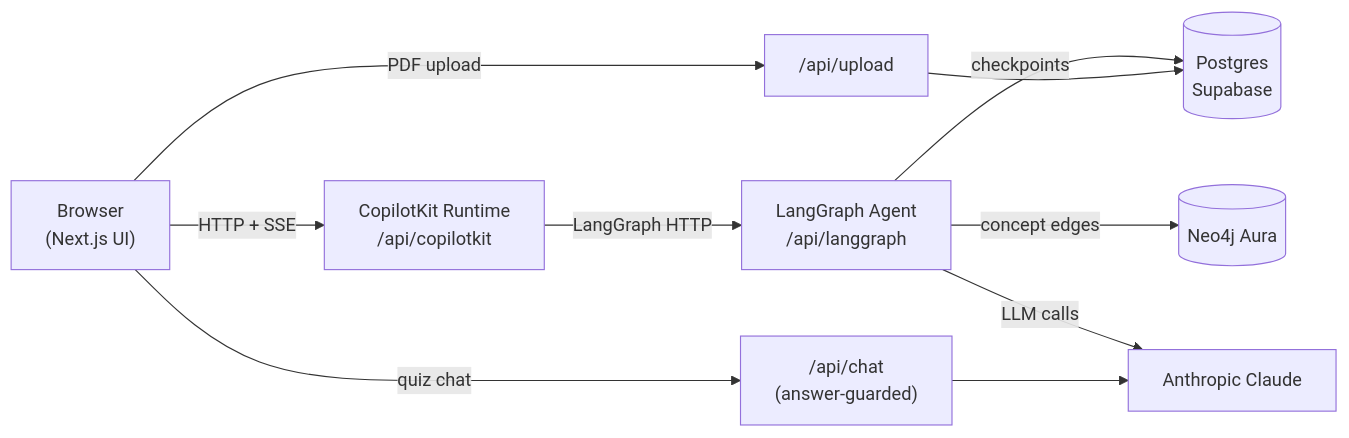
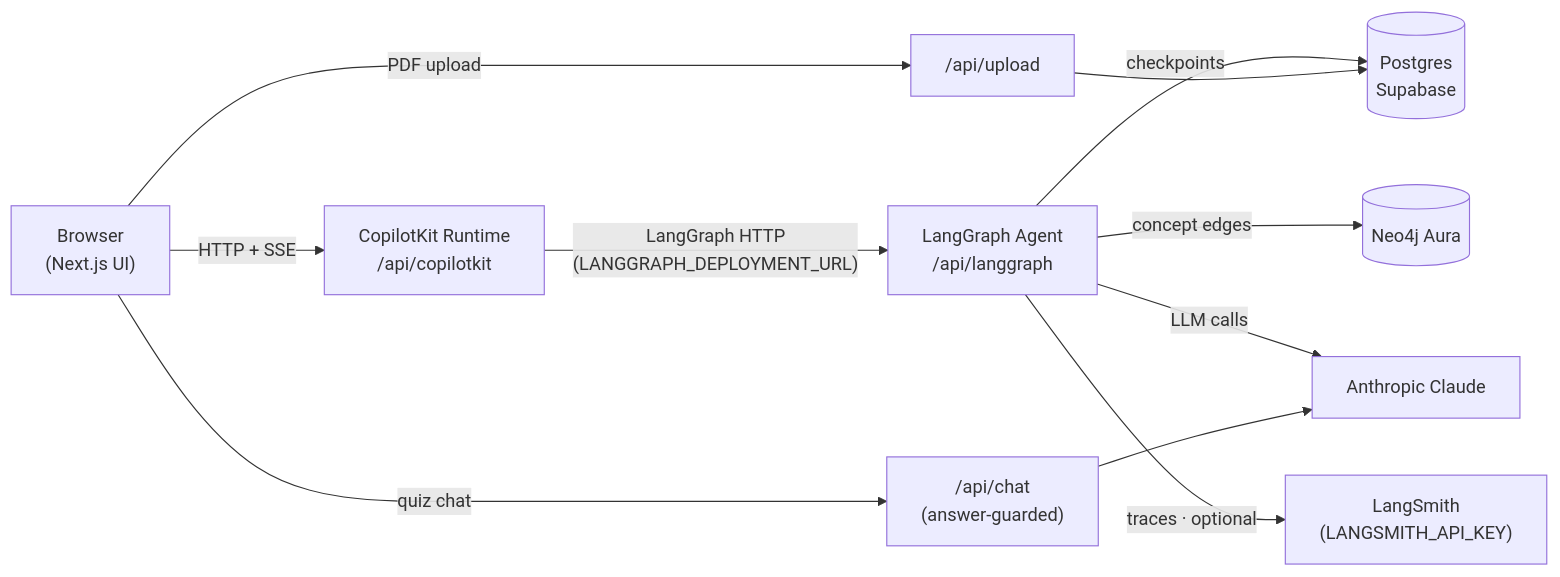
One commit to harshithasompura/ai-lesson-agent changed the first of 2 diagrams in README.md. Above: the diagram before and after it, drawn with Mermaid. The commit also changed other lines of this file and 1 other file, not shown here.

First line of the commit message:
docs: document LangSmith/LangGraph env vars + known persistence issues

````diff
--- a/README.md
+++ b/README.md
@@ -41,12 +41,13 @@
 ```mermaid
 graph LR
     Browser["Browser\n(Next.js UI)"] -->|HTTP + SSE| CK["CopilotKit Runtime\n/api/copilotkit"]
-    CK -->|LangGraph HTTP| Graph["LangGraph Agent\n/api/langgraph"]
+    CK -->|"LangGraph HTTP\n(LANGGRAPH_DEPLOYMENT_URL)"| Graph["LangGraph Agent\n/api/langgraph"]
     Graph -->|checkpoints| PG[("Postgres\nSupabase")]
     Graph -->|concept edges| Neo4j[("Neo4j Aura")]
     Graph -->|LLM calls| Claude["Anthropic Claude"]
+    Graph -->|traces · optional| LS["LangSmith\n(LANGSMITH_API_KEY)"]
     Browser -->|PDF upload| Upload["/api/upload"]
     Upload --> PG
     Browser -->|quiz chat| Chat["/api/chat\n(answer-guarded)"]
     Chat --> Claude
 ```
````
